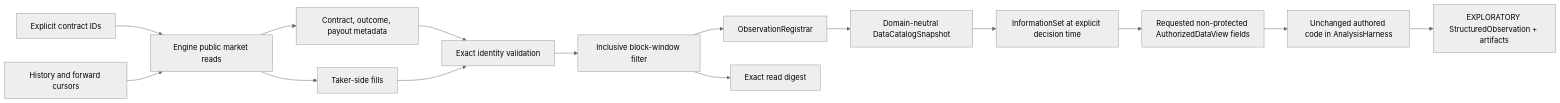
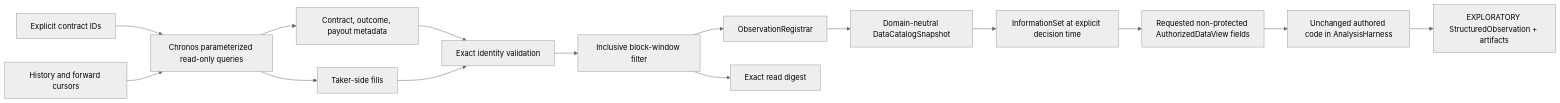
The diagram in docs/architecture/data-foundation/IMPLEMENTATION.md (kthaisociety/Polymarket), drawn with Mermaid (neutral theme) before and after one commit. The commit also changed other lines of this file and 265 other files, not shown here.

````diff
--- a/docs/architecture/data-foundation/IMPLEMENTATION.md
+++ b/docs/architecture/data-foundation/IMPLEMENTATION.md
@@ -41,17 +45,17 @@
 ```mermaid
 flowchart LR
-    IDS["Explicit contract IDs"] --> READ["Engine public market reads"]
+    IDS["Explicit contract IDs"] --> READ["Chronos parameterized read-only queries"]
     CURSORS["History and forward cursors"] --> READ
     READ --> CONTRACTS["Contract, outcome, payout metadata"]
     READ --> FILLS["Taker-side fills"]
     CONTRACTS --> VALIDATE["Exact identity validation"]
     FILLS --> VALIDATE
     VALIDATE --> WINDOW["Inclusive block-window filter"]
     WINDOW --> REGISTER["ObservationRegistrar"]
     REGISTER --> CATALOG["Domain-neutral DataCatalogSnapshot"]
     WINDOW --> DIGEST["Exact read digest"]
     CATALOG --> INFO["InformationSet at explicit decision time"]
     INFO --> VIEW["Requested non-protected AuthorizedDataView fields"]
     VIEW --> SANDBOX["Unchanged authored code in AnalysisHarness"]
     SANDBOX --> OBS["EXPLORATORY StructuredObservation + artifacts"]
 ```
````
